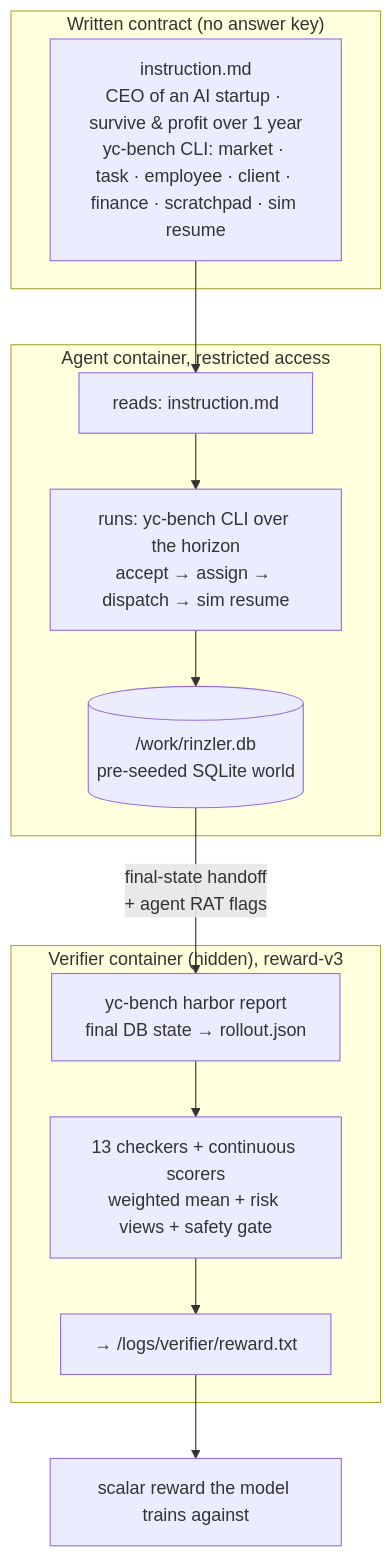
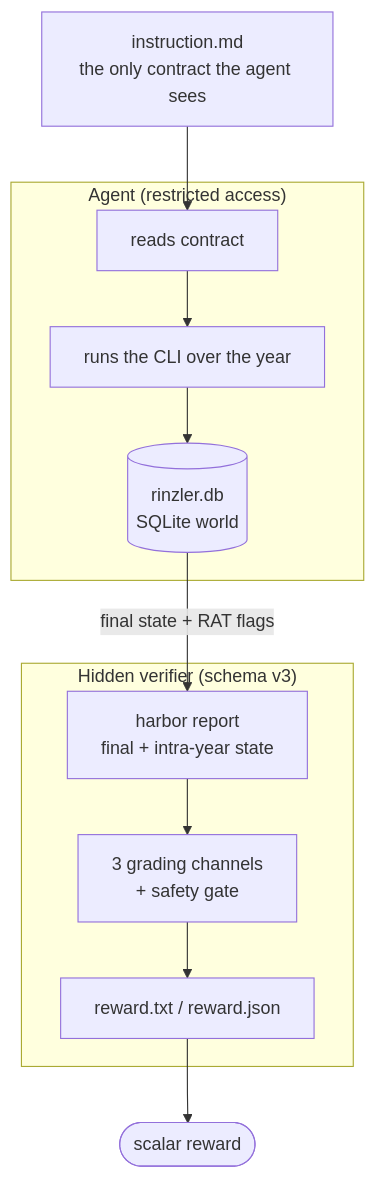
Before and after one commit to EtharaOrion/rinzler-samples: the second of 2 diagrams in README.md, drawn with Mermaid. The commit also changed other lines of this file and 1974 other files, not shown here.

Commit message:
Sync samples: 30-task corpus, dual-model trajectories, dual-model reward-decay graph, rewritten README

````diff
--- a/README.md
+++ b/README.md
@@ -34,20 +34,15 @@
 ```mermaid
 flowchart TB
-    subgraph spec["Written contract (no answer key)"]
-        instr["instruction.md<br/>CEO of an AI startup · survive & profit over 1 year<br/>yc-bench CLI: market · task · employee · client · finance · scratchpad · sim resume"]
+    instr["instruction.md<br/>the only contract the agent sees"]
+    subgraph agentbox["Agent (restricted access)"]
+        reads["reads contract"] --> acts["runs the CLI over the year"]
+        acts --> db[("rinzler.db<br/>SQLite world")]
     end
-
-    subgraph agentbox["Agent container, restricted access"]
-        reads["reads: instruction.md"] --> acts["runs: yc-bench CLI over the horizon<br/>accept → assign → dispatch → sim resume"]
-        acts --> db[("/work/rinzler.db<br/>pre-seeded SQLite world")]
+    subgraph verifierbox["Hidden verifier (schema v3)"]
+        report["harbor report<br/>final + intra-year state"] --> grade["3 grading channels<br/>+ safety gate"]
+        grade --> rewardtxt["reward.txt / reward.json"]
     end
-
-    subgraph verifierbox["Verifier container (hidden), reward-v3"]
-        report["yc-bench harbor report<br/>final DB state → rollout.json"] --> grade["13 checkers + continuous scorers<br/>weighted mean + risk views + safety gate"]
-        grade --> rewardtxt["→ /logs/verifier/reward.txt"]
-    end
-
     instr --> reads
-    db -->|"final-state handoff<br/>+ agent RAT flags"| report
-    rewardtxt --> reward["scalar reward the model trains against"]
+    db -->|"final state + RAT flags"| report
+    rewardtxt --> reward(["scalar reward"])
 ```
````
